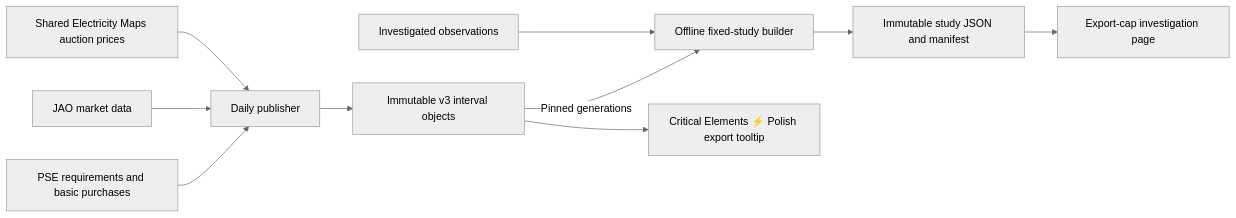
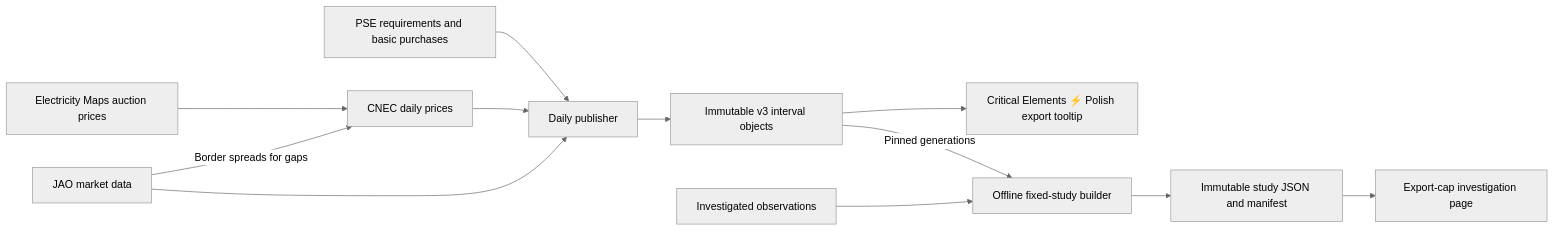
One commit to zoltanmaric/coppersushi changed the diagram in coppersushi/pipelines/cnec/README.md. Above: the diagram before and after it, drawn with Mermaid (neutral theme). The commit also changed other lines of this file and 6 other files, not shown here.

Commit message:
Compose Electricity Maps prices and JAO spreads in the CNEC workflow

````diff
--- a/coppersushi/pipelines/cnec/README.md
+++ b/coppersushi/pipelines/cnec/README.md
@@ -20,12 +21,14 @@
 ```mermaid
 flowchart LR
     PSE["PSE requirements and basic purchases"] --> Publisher["Daily publisher"]
     Market["JAO market data"] --> Publisher
-    Prices["Shared Electricity Maps auction prices"] --> Publisher
+    Prices["Electricity Maps auction prices"] --> Day["CNEC daily prices"]
+    Market -->|Border spreads for gaps| Day
+    Day --> Publisher
     Publisher --> Objects["Immutable v3 interval objects"]
     Objects -->|Pinned generations| Study["Offline fixed-study builder"]
     Baseline["Investigated observations"] --> Study
     Study --> Artifact["Immutable study JSON and manifest"]
     Artifact --> Page["Export-cap investigation page"]
     Objects --> Tooltip["Critical Elements ⚡️ Polish export tooltip"]
 ```
````
